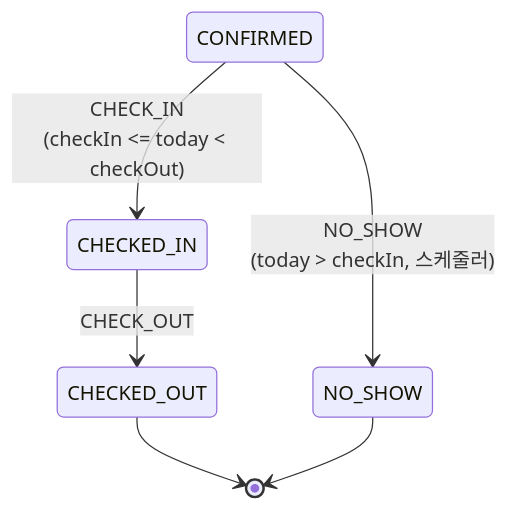
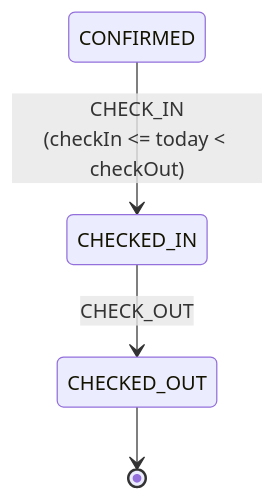
One commit to Diocto/pms changed the ninth of 9 diagrams in docs/spec/F01-예약-코어.md. Above: the diagram before and after it, drawn with Mermaid. The commit also changed other lines of this file and 3 other files, not shown here.

````diff
--- a/docs/spec/F01-예약-코어.md
+++ b/docs/spec/F01-예약-코어.md
@@ -867,8 +992,6 @@
 ```mermaid
 stateDiagram-v2
     CONFIRMED --> CHECKED_IN : CHECK_IN<br/>(checkIn <= today < checkOut)
-    CONFIRMED --> NO_SHOW : NO_SHOW<br/>(today > checkIn, 스케줄러)
     CHECKED_IN --> CHECKED_OUT : CHECK_OUT
     CHECKED_OUT --> [*]
-    NO_SHOW --> [*]
 ```
````
